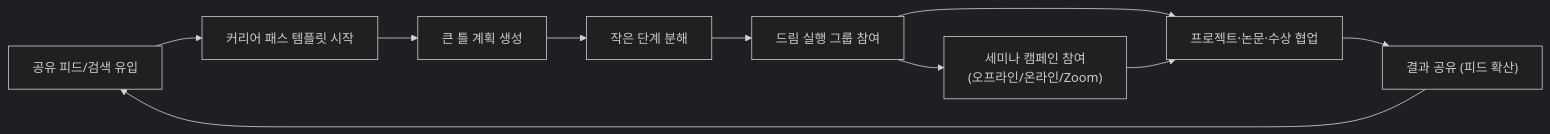
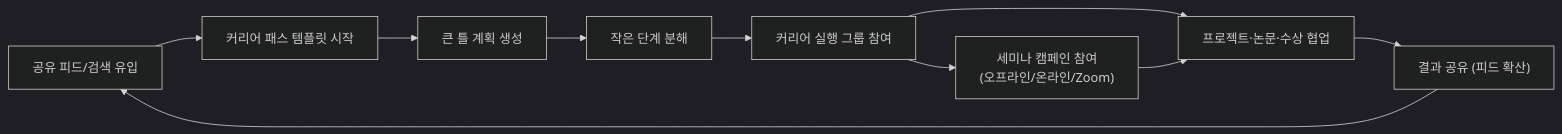
The fifth of 6 diagrams in INVESTMENT_PROPOSAL.md (Collegenie-X/AI-career-path), drawn with Mermaid (dark theme) before and after one commit. The commit also changed other lines of this file and 1 other file, not shown here.

````diff
--- a/INVESTMENT_PROPOSAL.md
+++ b/INVESTMENT_PROPOSAL.md
@@ -592,12 +592,12 @@
 ```mermaid
 graph LR
     A["공유 피드/검색 유입"] --> B["커리어 패스 템플릿 시작"]
     B --> C["큰 틀 계획 생성"]
     C --> D["작은 단계 분해"]
-    D --> E["드림 실행 그룹 참여"]
+    D --> E["커리어 실행 그룹 참여"]
     E --> F["프로젝트·논문·수상 협업"]
     F --> G["결과 공유 (피드 확산)"]
     G --> A
     E --> H["세미나 캠페인 참여<br/>(오프라인/온라인/Zoom)"]
     H --> F
 ```
````
